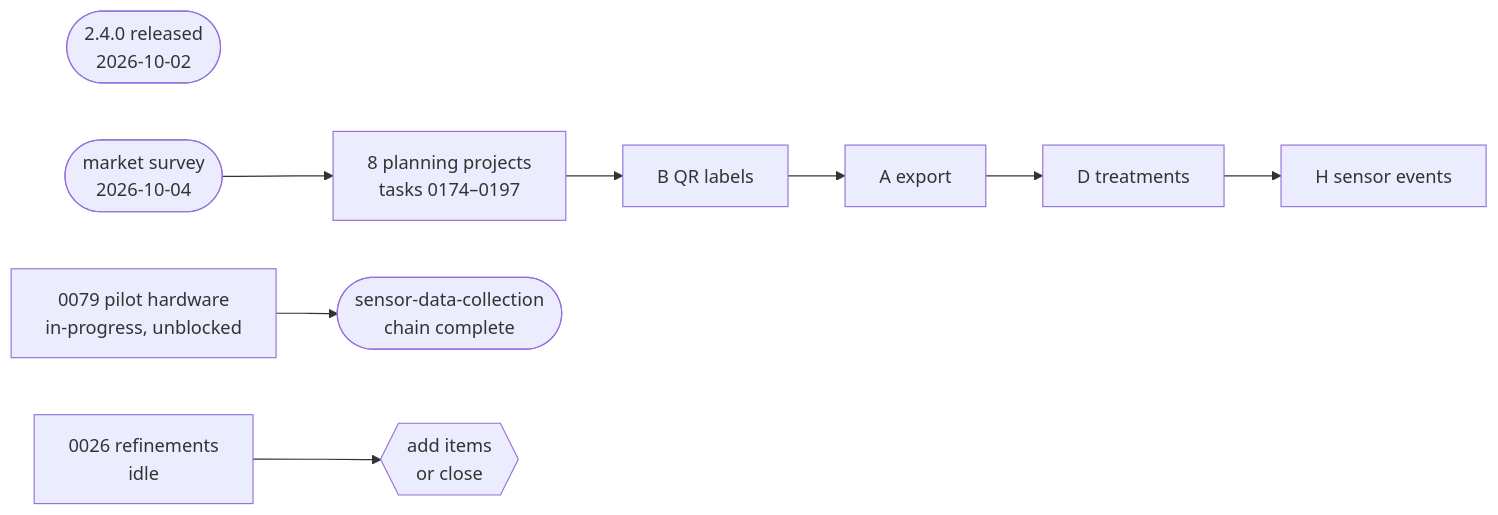
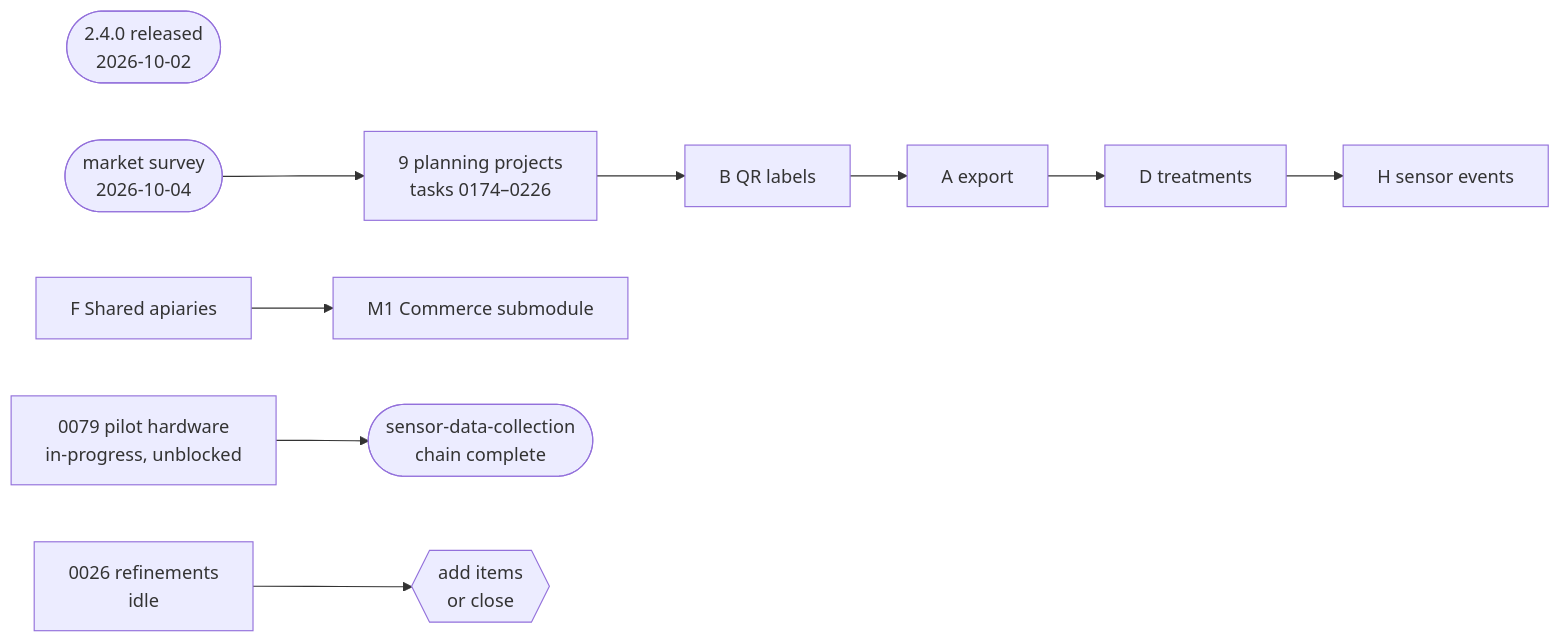
Before and after one commit to deburca/hivelog: the diagram in docs/project-management/roadmap.md, drawn with Mermaid. The commit also changed other lines of this file and 24 other files, not shown here.

````diff
--- a/docs/project-management/roadmap.md
+++ b/docs/project-management/roadmap.md
@@ -192,8 +194,9 @@
 ```mermaid
 flowchart LR
   Rel(["2.4.0 released<br/>2026-10-02"])
-  Survey(["market survey<br/>2026-10-04"]) --> Plan["8 planning projects<br/>tasks 0174–0197"]
+  Survey(["market survey<br/>2026-10-04"]) --> Plan["9 planning projects<br/>tasks 0174–0226"]
   Plan --> B["B QR labels"] --> A["A export"] --> D["D treatments"] --> H["H sensor events"]
+  S["F Shared apiaries"] --> M["M1 Commerce submodule"]
   T79["0079 pilot hardware<br/>in-progress, unblocked"] --> Sensors(["sensor-data-collection<br/>chain complete"])
   T26["0026 refinements<br/>idle"] --> Decide{{"add items<br/>or close"}}
 ```
````
